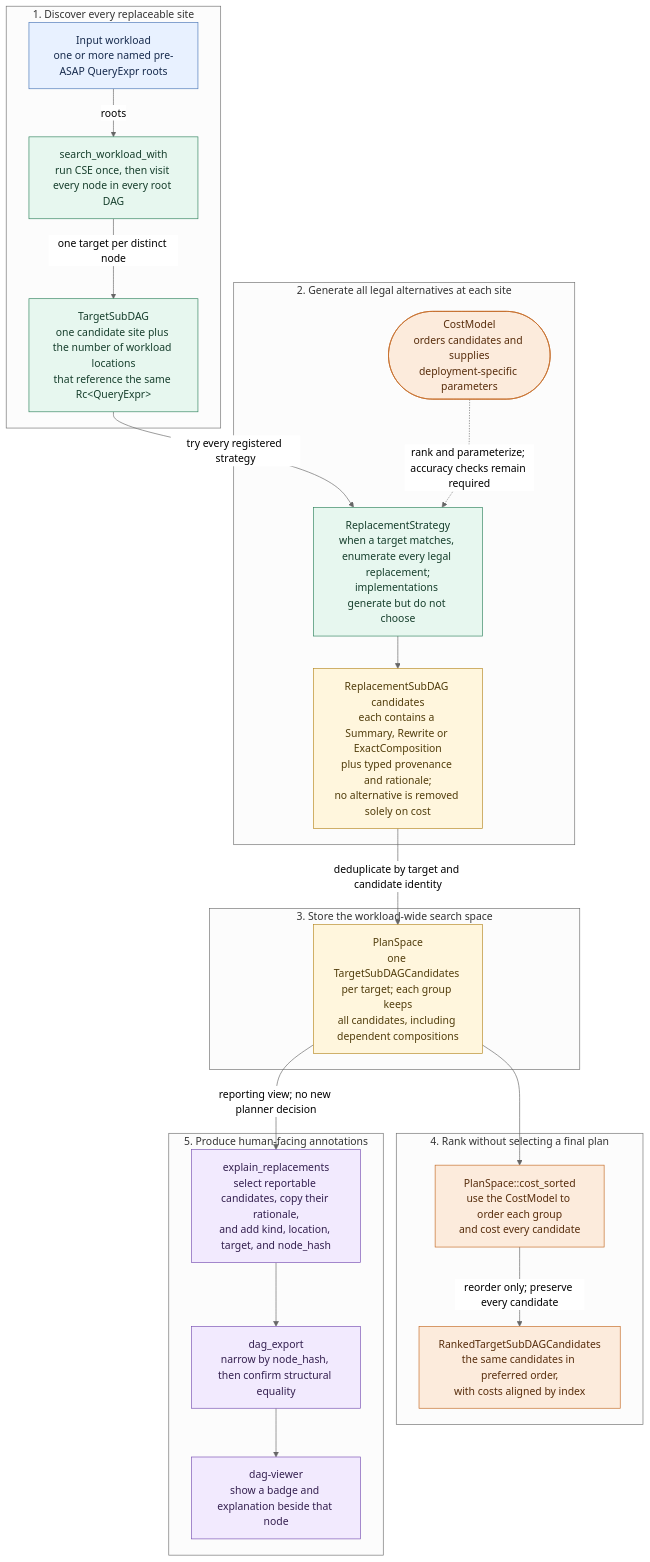
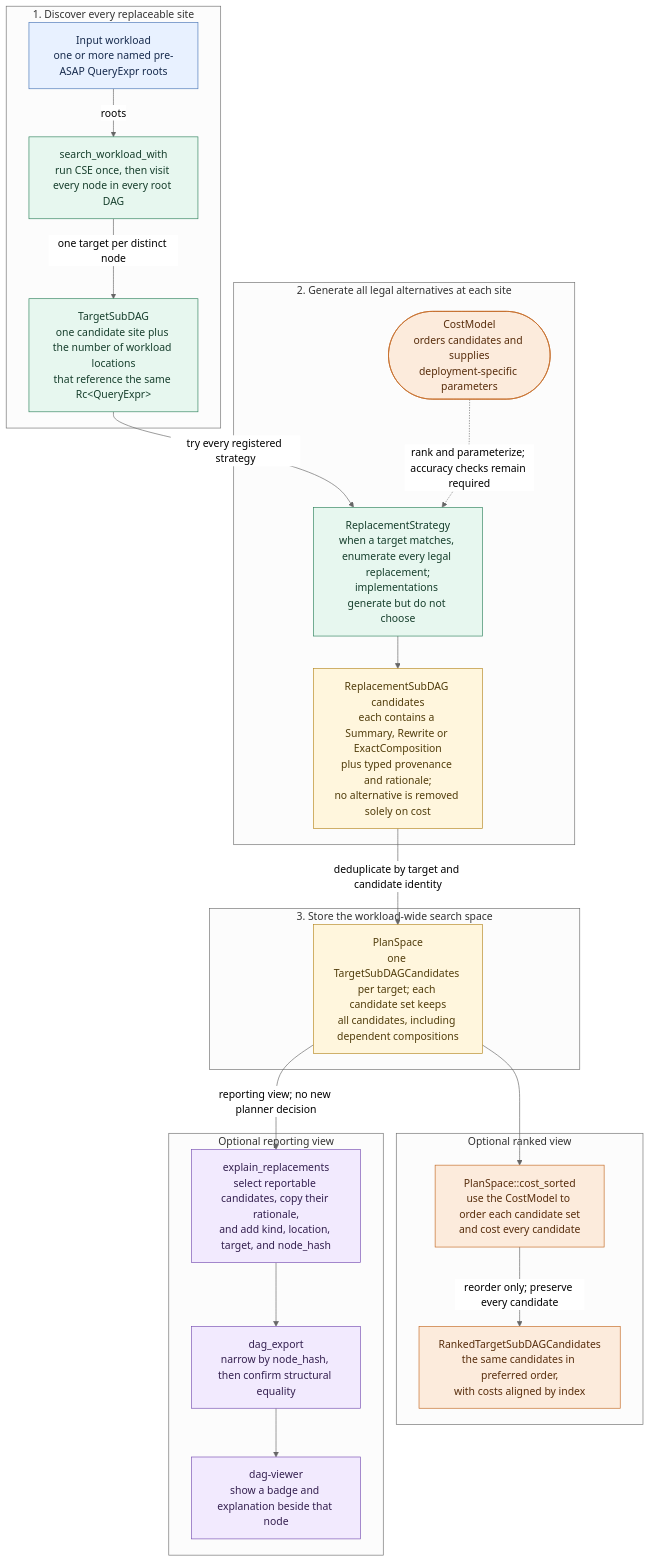
The first of 2 diagrams in docs/develop_docs/asap-aware-mapping-architecture.md (ProjectASAP/ASAPPlanner), drawn with Mermaid (neutral theme) before and after one commit. The commit also changed other lines of this file and 11 other files, not shown here.

````diff
--- a/docs/develop_docs/asap-aware-mapping-architecture.md
+++ b/docs/develop_docs/asap-aware-mapping-architecture.md
@@ -80,41 +80,41 @@
 ```mermaid
 flowchart TB
   classDef input fill:#e8f1ff,stroke:#4b78b8,color:#172b4d
   classDef generate fill:#e7f7ef,stroke:#31835e,color:#173f2d
   classDef store fill:#fff6dd,stroke:#b78922,color:#513d0c
   classDef choose fill:#fcebdc,stroke:#c46a25,color:#572d0c
   classDef report fill:#f2eafe,stroke:#7950b3,color:#34204f
 
   subgraph DISCOVERY[1. Discover every replaceable site]
     WL["Input workload<br/>one or more named pre-ASAP QueryExpr roots"]:::input
     SEARCH["search_workload_with<br/>run CSE once, then visit every node in every root DAG"]:::generate
     TARGET["TargetSubDAG<br/>one candidate site plus the number of workload locations<br/>that reference the same Rc&lt;QueryExpr&gt;"]:::generate
     WL -->|"roots"| SEARCH -->|"one target per distinct node"| TARGET
   end
 
   subgraph GENERATION[2. Generate all legal alternatives at each site]
     STRATEGY["ReplacementStrategy<br/>when a target matches, enumerate every legal replacement;<br/>implementations generate but do not choose"]:::generate
     CAND["ReplacementSubDAG candidates<br/>each contains a Summary, Rewrite or ExactComposition<br/>plus typed provenance and rationale;<br/>no alternative is removed solely on cost"]:::store
     TARGET -->|"try every registered strategy"| STRATEGY --> CAND
     CM(["CostModel<br/>orders candidates and supplies<br/>deployment-specific parameters"]):::choose
     CM -. "rank and parameterize; accuracy checks remain required" .-> STRATEGY
   end
 
   subgraph SEARCHSPACE[3. Store the workload-wide search space]
-    MEMO["PlanSpace<br/>one TargetSubDAGCandidates per target; each group keeps<br/>all candidates, including dependent compositions"]:::store
-    CAND -->|"deduplicate by target and candidate identity"| MEMO
+    SPACE["PlanSpace<br/>one TargetSubDAGCandidates per target; each candidate set keeps<br/>all candidates, including dependent compositions"]:::store
+    CAND -->|"deduplicate by target and candidate identity"| SPACE
   end
 
-  subgraph RANKING[4. Rank without selecting a final plan]
-    SORT["PlanSpace::cost_sorted<br/>use the CostModel to order each group<br/>and cost every candidate"]:::choose
-    GROUP["RankedTargetSubDAGCandidates<br/>the same candidates in preferred order,<br/>with costs aligned by index"]:::choose
-    MEMO --> SORT -->|"reorder only; preserve every candidate"| GROUP
+  subgraph RANKING[Optional ranked view]
+    SORT["PlanSpace::cost_sorted<br/>use the CostModel to order each candidate set<br/>and cost every candidate"]:::choose
+    RANKED["RankedTargetSubDAGCandidates<br/>the same candidates in preferred order,<br/>with costs aligned by index"]:::choose
+    SPACE --> SORT -->|"reorder only; preserve every candidate"| RANKED
   end
 
-  subgraph REPORTING[5. Produce human-facing annotations]
+  subgraph REPORTING[Optional reporting view]
     EXPLAIN["explain_replacements<br/>select reportable candidates, copy their rationale,<br/>and add kind, location, target, and node_hash"]:::report
     EXPORT["dag_export<br/>narrow by node_hash, then confirm structural equality"]:::report
     VIEWER["dag-viewer<br/>show a badge and explanation beside that node"]:::report
-    MEMO -->|"reporting view; no new planner decision"| EXPLAIN --> EXPORT --> VIEWER
+    SPACE -->|"reporting view; no new planner decision"| EXPLAIN --> EXPORT --> VIEWER
   end
 ```
````
